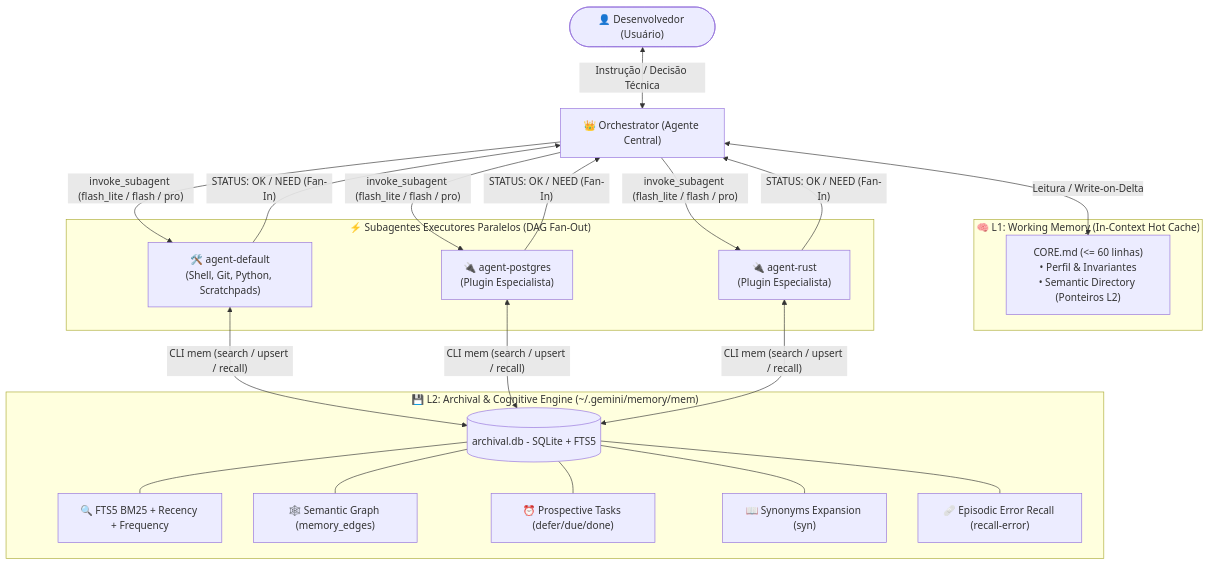
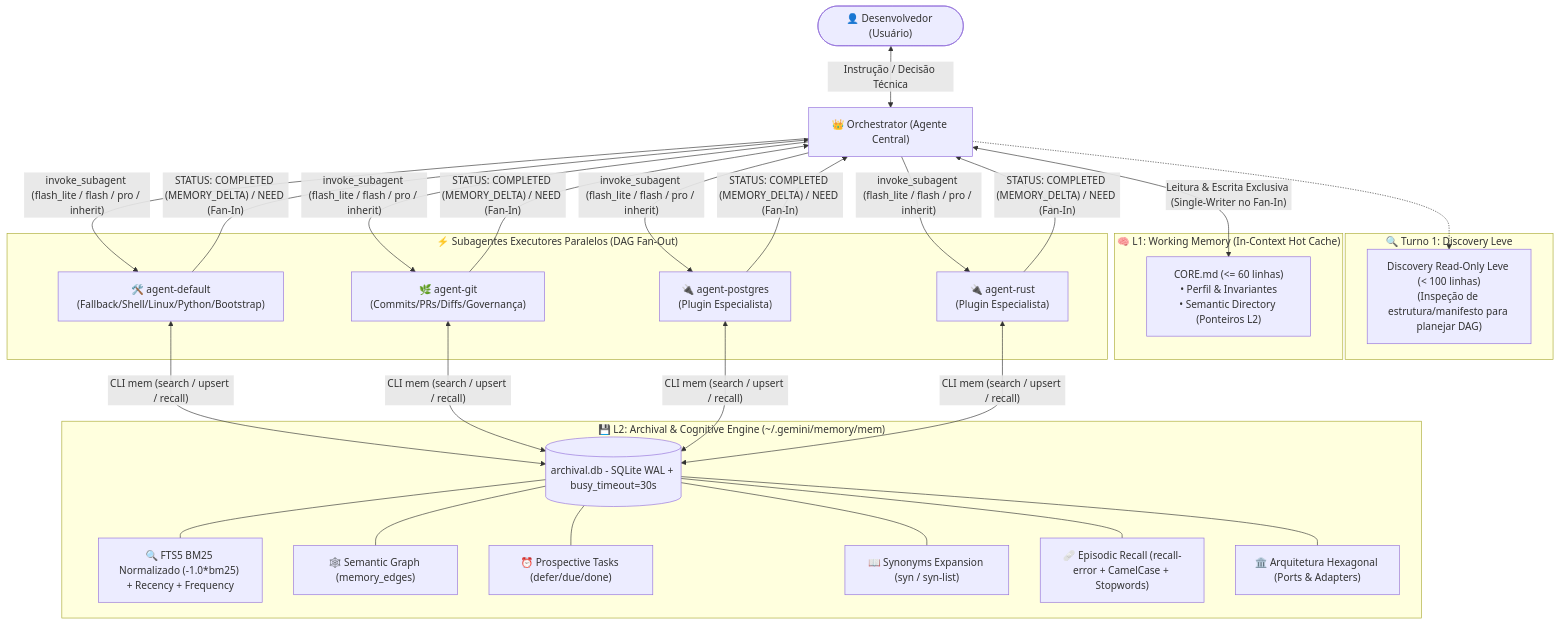
The diagram in README.md (passella/antigravity-star-orchestrator), drawn with Mermaid before and after one commit. The commit also changed other lines of this file and 4 other files, not shown here.

````diff
--- a/README.md
+++ b/README.md
@@ -43,43 +48,54 @@
 ```mermaid
 flowchart TD
     User(["👤 Desenvolvedor (Usuário)"]) <-->|"Instrução / Decisão Técnica"| Orch["👑 Orchestrator (Agente Central)"]
+    
+    subgraph Discovery ["🔍 Turno 1: Discovery Leve"]
+        DiscoveryCheck["Discovery Read-Only Leve (< 100 linhas)<br/>(Inspeção de estrutura/manifesto para planejar DAG)"]
+    end
+    Orch -.-> DiscoveryCheck
     
     subgraph L1_Memory ["🧠 L1: Working Memory (In-Context Hot Cache)"]
         CoreMD["CORE.md (<= 60 linhas)<br/>• Perfil & Invariantes<br/>• Semantic Directory (Ponteiros L2)"]
     end
     
-    Orch <-->|"Leitura / Write-on-Delta"| CoreMD
+    Orch <-->|"Leitura & Escrita Exclusiva (Single-Writer no Fan-In)"| CoreMD
     
     subgraph Parallel_Subagents ["⚡ Subagentes Executores Paralelos (DAG Fan-Out)"]
-        DefaultAgent["🛠️ agent-default<br/>(Shell, Git, Python, Scratchpads)"]
+        DefaultAgent["🛠️ agent-default<br/>(Fallback/Shell/Linux/Python/Bootstrap)"]
+        GitAgent["🌿 agent-git<br/>(Commits/PRs/Diffs/Governança)"]
         DomainAgentA["🔌 agent-postgres<br/>(Plugin Especialista)"]
         DomainAgentB["🔌 agent-rust<br/>(Plugin Especialista)"]
     end
     
-    Orch -->|"invoke_subagent (flash_lite / flash / pro)"| DefaultAgent
-    Orch -->|"invoke_subagent (flash_lite / flash / pro)"| DomainAgentA
-    Orch -->|"invoke_subagent (flash_lite / flash / pro)"| DomainAgentB
+    Orch -->|"invoke_subagent (flash_lite / flash / pro / inherit)"| DefaultAgent
+    Orch -->|"invoke_subagent (flash_lite / flash / pro / inherit)"| GitAgent
+    Orch -->|"invoke_subagent (flash_lite / flash / pro / inherit)"| DomainAgentA
+    Orch -->|"invoke_subagent (flash_lite / flash / pro / inherit)"| DomainAgentB
     
-    DefaultAgent -->|"STATUS: OK / NEED (Fan-In)"| Orch
-    DomainAgentA -->|"STATUS: OK / NEED (Fan-In)"| Orch
-    DomainAgentB -->|"STATUS: OK / NEED (Fan-In)"| Orch
+    DefaultAgent -->|"STATUS: COMPLETED (MEMORY_DELTA) / NEED (Fan-In)"| Orch
+    GitAgent -->|"STATUS: COMPLETED (MEMORY_DELTA) / NEED (Fan-In)"| Orch
+    DomainAgentA -->|"STATUS: COMPLETED (MEMORY_DELTA) / NEED (Fan-In)"| Orch
+    DomainAgentB -->|"STATUS: COMPLETED (MEMORY_DELTA) / NEED (Fan-In)"| Orch
     
     subgraph L2_Memory ["💾 L2: Archival & Cognitive Engine (~/.gemini/memory/mem)"]
-        DB[(archival.db - SQLite + FTS5)]
-        FTS5Engine["🔍 FTS5 BM25 + Recency + Frequency"]
+        DB[(archival.db - SQLite WAL + busy_timeout=30s)]
+        FTS5Engine["🔍 FTS5 BM25 Normalizado (-1.0*bm25) + Recency + Frequency"]
         GraphEngine["🕸️ Semantic Graph (memory_edges)"]
         ProspEngine["⏰ Prospective Tasks (defer/due/done)"]
-        SynEngine["📖 Synonyms Expansion (syn)"]
-        EpisodicEngine["🩹 Episodic Error Recall (recall-error)"]
+        SynEngine["📖 Synonyms Expansion (syn / syn-list)"]
+        EpisodicEngine["🩹 Episodic Recall (recall-error + CamelCase + Stopwords)"]
+        HexArch["🏛️ Arquitetura Hexagonal (Ports & Adapters)"]
     end
     
     DefaultAgent <-->|"CLI mem (search / upsert / recall)"| DB
+    GitAgent <-->|"CLI mem (search / upsert / recall)"| DB
     DomainAgentA <-->|"CLI mem (search / upsert / recall)"| DB
     DomainAgentB <-->|"CLI mem (search / upsert / recall)"| DB
     
     DB --- FTS5Engine
     DB --- GraphEngine
     DB --- ProspEngine
     DB --- SynEngine
     DB --- EpisodicEngine
+    DB --- HexArch
 ```
````
